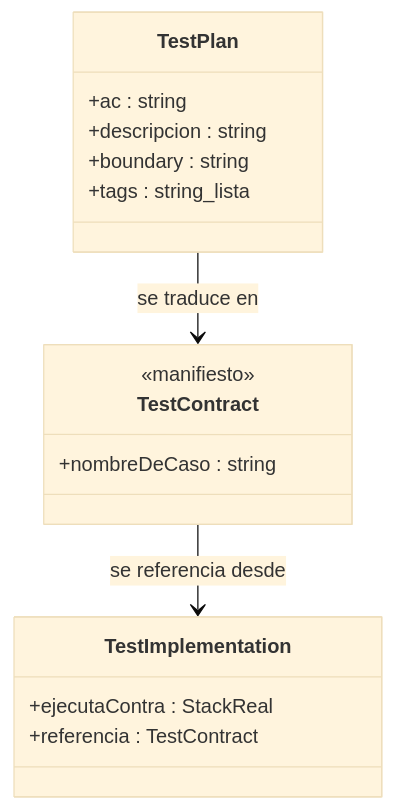
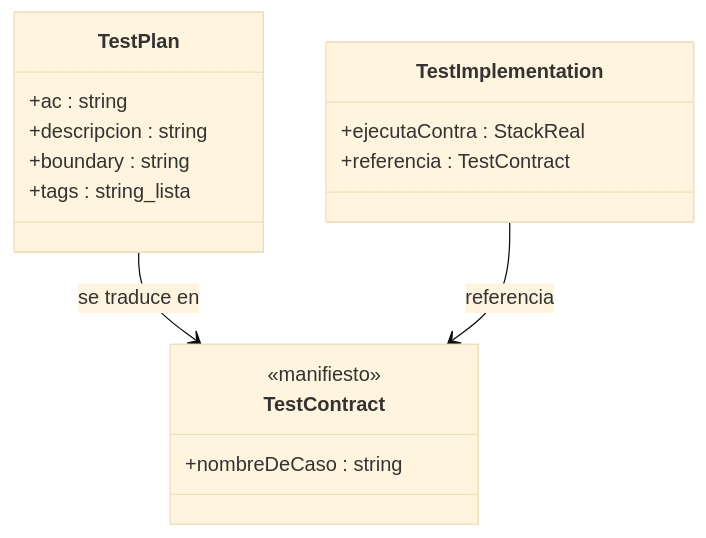
Before and after one commit to virgenherrera/idea-to-mvp: the fifth of 10 diagrams in docs/execution/red.md, drawn with Mermaid (base theme). The commit also changed other lines of this file and 11 other files, not shown here.

````diff
--- a/docs/execution/red.md
+++ b/docs/execution/red.md
@@ -310,19 +315,19 @@
 ```mermaid
 classDiagram
     class TestPlan {
         +ac : string
         +descripcion : string
         +boundary : string
         +tags : string_lista
     }
     class TestContract {
         <<manifiesto>>
         +nombreDeCaso : string
     }
     class TestImplementation {
         +ejecutaContra : StackReal
         +referencia : TestContract
     }
     TestPlan --> TestContract : se traduce en
-    TestContract --> TestImplementation : se referencia desde
+    TestImplementation --> TestContract : referencia
 ```
````
